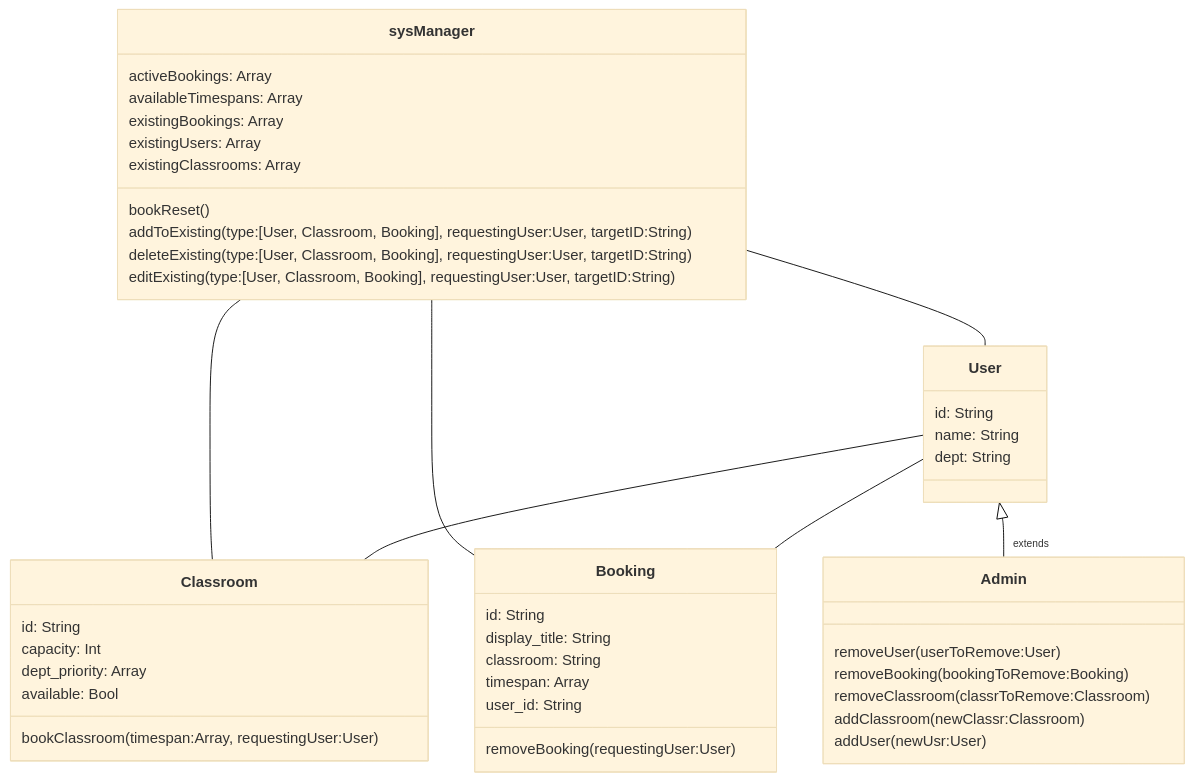
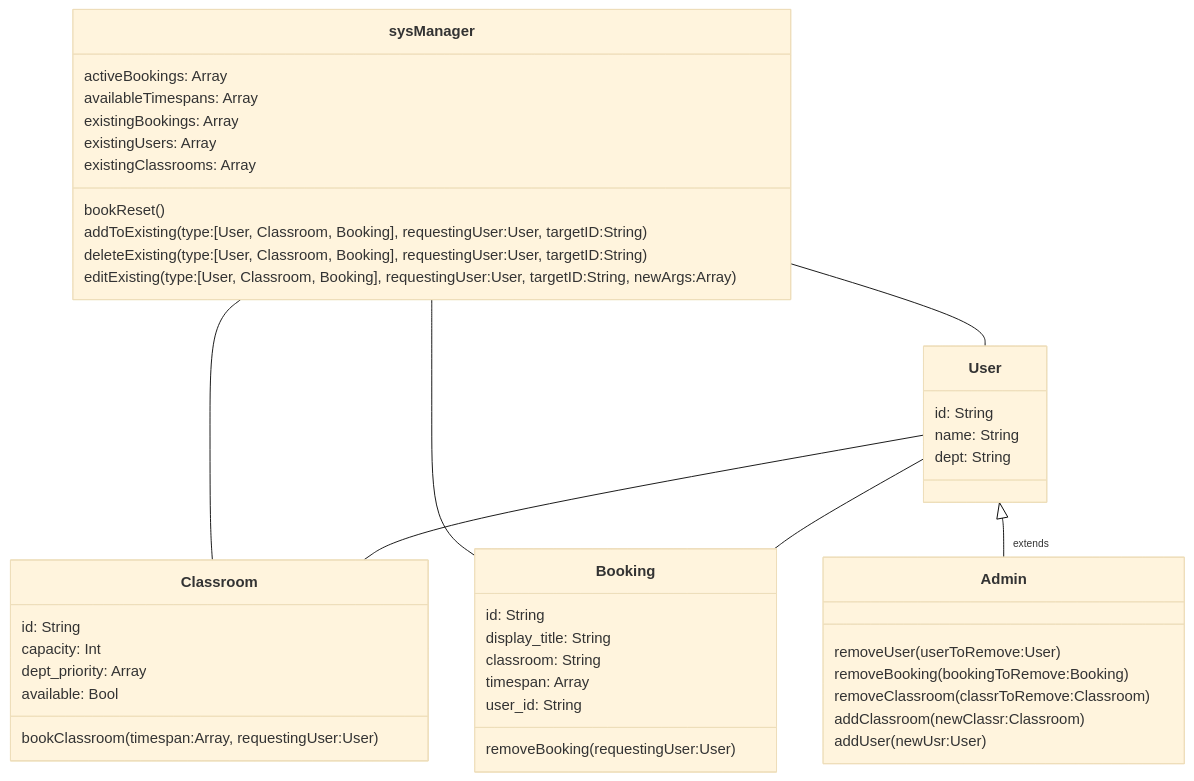
One commit to CTISM-Prof-Henry/trab-final-tarde-legaltime changed the second of 2 diagrams in diagrams.md. Above: the diagram before and after it, drawn with Mermaid (base theme). The commit also changed other lines of this file, not shown here.

````diff
--- a/diagrams.md
+++ b/diagrams.md
@@ -143,54 +143,54 @@
 ```mermaid
 classDiagram
 
 class Classroom {
     id: String
     capacity: Int
     dept_priority: Array
     available: Bool
     bookClassroom(timespan:Array, requestingUser:User) 
 }
 
 class Admin {
     removeUser(userToRemove:User) 
     removeBooking(bookingToRemove:Booking) 
     removeClassroom(classrToRemove:Classroom) 
     addClassroom(newClassr:Classroom) 
     addUser(newUsr:User)
 }
 
 class User {
     id: String
     name: String
     dept: String
 }
 
 class Booking {
     id: String
     display_title: String
     classroom: String
     timespan: Array
     user_id: String
     removeBooking(requestingUser:User)
 }
 
 class sysManager {
     activeBookings: Array
     availableTimespans: Array
     existingBookings: Array
     existingUsers: Array
     existingClassrooms: Array
     bookReset()
     addToExisting(type:[User, Classroom, Booking], requestingUser:User, targetID:String)
     deleteExisting(type:[User, Classroom, Booking], requestingUser:User, targetID:String)
-    editExisting(type:[User, Classroom, Booking], requestingUser:User, targetID:String)
+    editExisting(type:[User, Classroom, Booking], requestingUser:User, targetID:String, newArgs:Array)
 }
 
 
 sysManager -- Classroom
 sysManager -- Booking
 sysManager -- User
 User <|--"extends" Admin
 User -- Classroom
 User -- Booking
 ```
````
